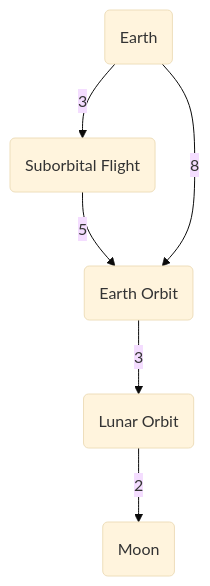
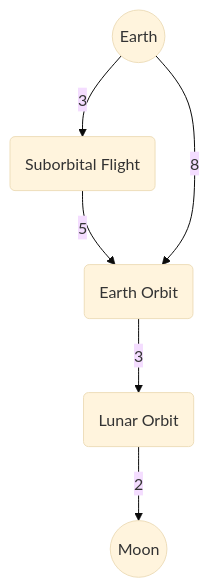
One commit to bosth/bosth.github.io changed the first of 2 diagrams in content/pages/leaving-earth/index.md. Above: the diagram before and after it, drawn with Mermaid (base theme). The commit also changed other lines of this file and 14 other files, not shown here.

```diff
--- a/content/pages/leaving-earth/index.md
+++ b/content/pages/leaving-earth/index.md
@@ -21,8 +161,8 @@
 {{< mermaid >}}
 graph TD
-    A(Earth) -->|3| B(Suborbital Flight)
+    A((Earth)) -->|3| B(Suborbital Flight)
     B -->|5| C(Earth Orbit)
     A -->|8| C
     C -->|3| D(Lunar Orbit)
-    D -->|2| E(Moon)
+    D -->|2| E((Moon))
 {{< /mermaid >}}
```
